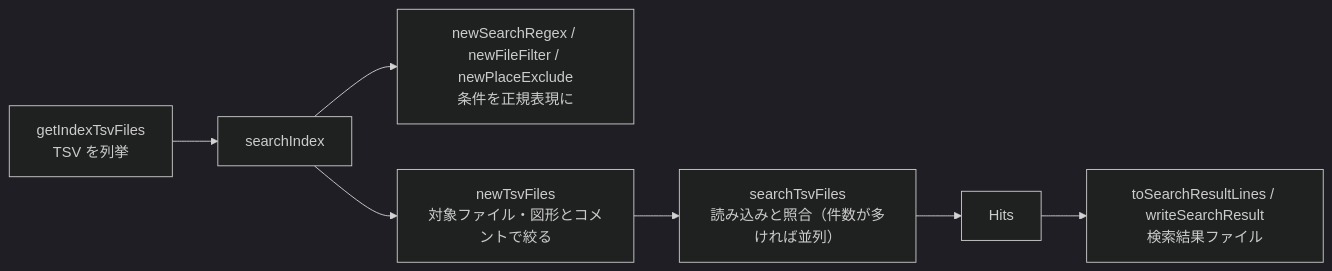
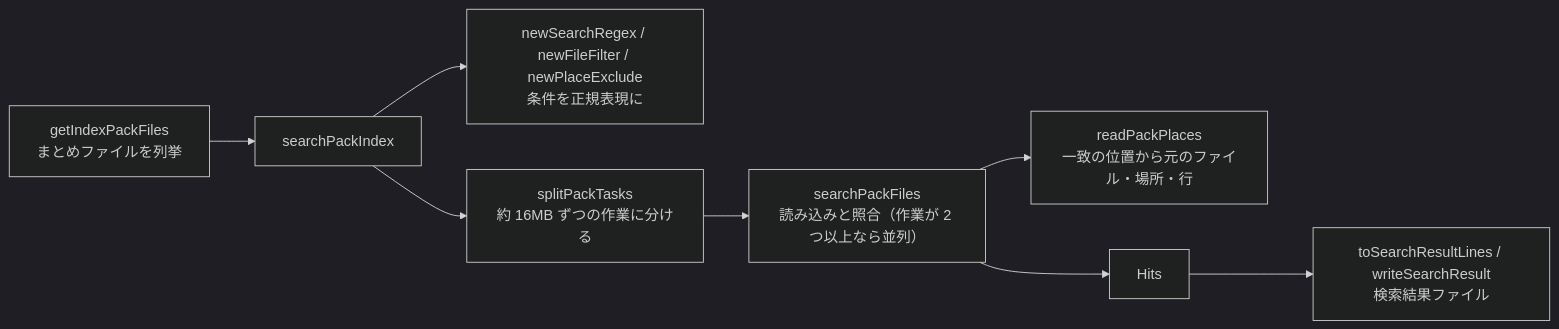
The diagram in docs/00_共通_2_共通モジュール_1_TSV・検索・画面の関数.md (hsgwa/tebunko), drawn with Mermaid (dark theme) before and after one commit. The commit also changed other lines of this file and 49 other files, not shown here.

````diff
--- a/docs/00_共通_2_共通モジュール_1_TSV・検索・画面の関数.md
+++ b/docs/00_共通_2_共通モジュール_1_TSV・検索・画面の関数.md
@@ -58,9 +87,10 @@
 ```mermaid
 flowchart LR
-    A["getIndexTsvFiles<br>TSV を列挙"] --> B["searchIndex"]
+    A["getIndexPackFiles<br>まとめファイルを列挙"] --> B["searchPackIndex"]
     B --> C["newSearchRegex / newFileFilter / newPlaceExclude<br>条件を正規表現に"]
-    B --> D["newTsvFiles<br>対象ファイル・図形とコメントで絞る"]
-    D --> E["searchTsvFiles<br>読み込みと照合（件数が多ければ並列）"]
+    B --> T["splitPackTasks<br>約 16MB ずつの作業に分ける"]
+    T --> E["searchPackFiles<br>読み込みと照合（作業が 2 つ以上なら並列）"]
+    E --> P["readPackPlaces<br>一致の位置から元のファイル・場所・行"]
     E --> F["Hits"]
     F --> G["toSearchResultLines / writeSearchResult<br>検索結果ファイル"]
 ```
````
